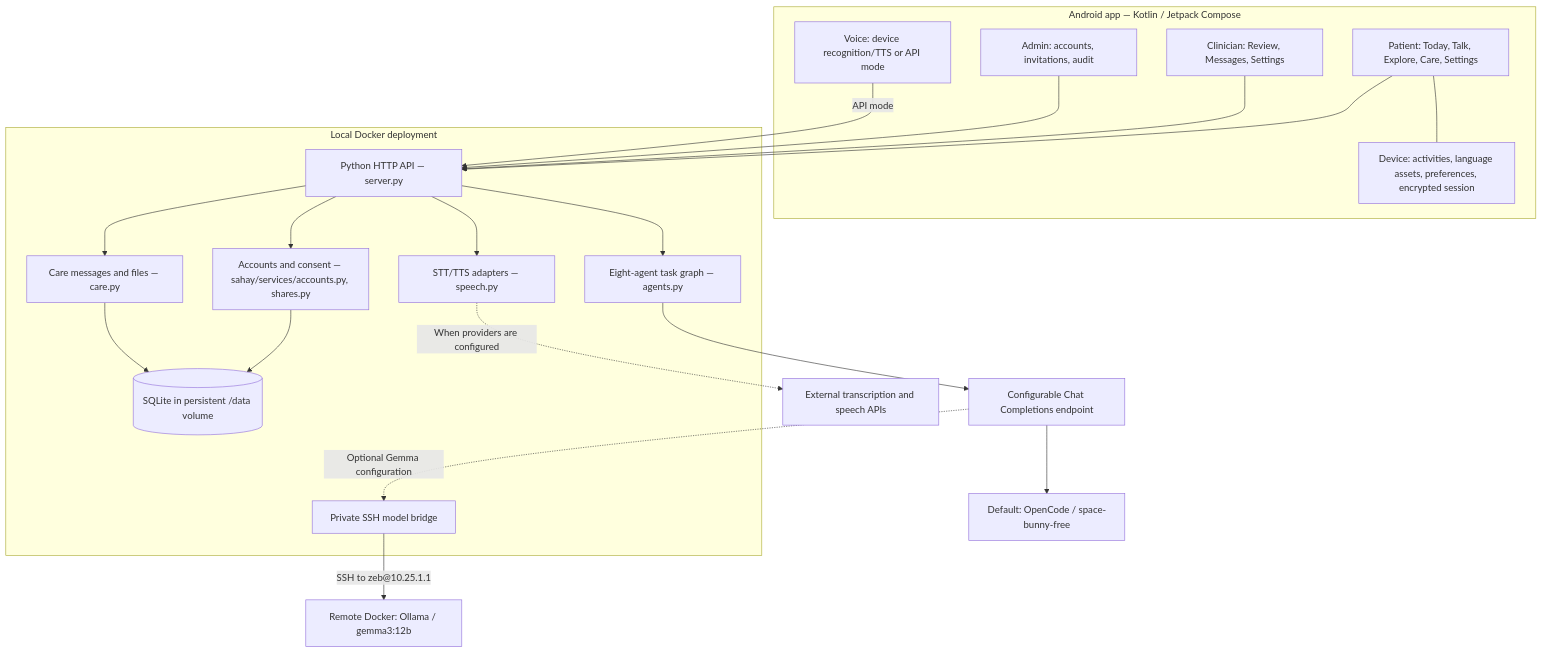
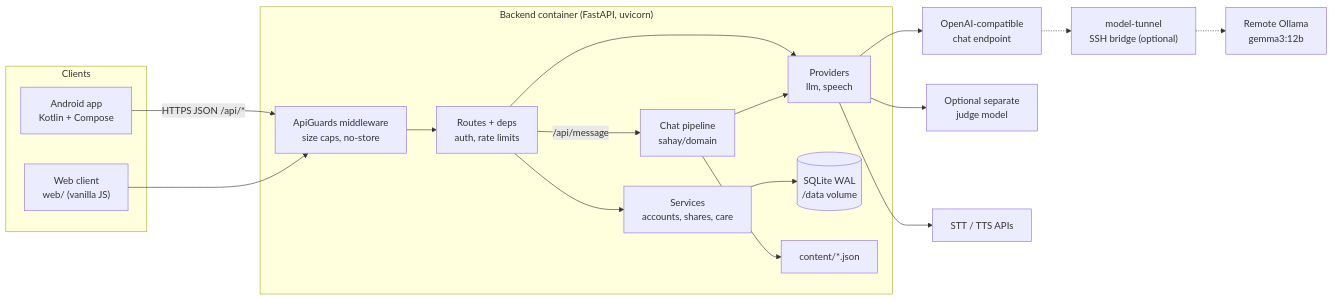
One commit to gqvz/aimlsem5 changed the first of 11 diagrams in ARCHITECTURE.md. Above: the diagram before and after it, drawn with Mermaid. The commit also changed other lines of this file and 10 other files, not shown here.

````diff
--- a/ARCHITECTURE.md
+++ b/ARCHITECTURE.md
@@ -9,35 +9,37 @@
 ```mermaid
-flowchart TB
-    subgraph Android["Android app — Kotlin / Jetpack Compose"]
-        Patient["Patient: Today, Talk, Explore, Care, Settings"]
-        Clinician["Clinician: Review, Messages, Settings"]
-        Admin["Admin: accounts, invitations, audit"]
-        Local["Device: activities, language assets, preferences, encrypted session"]
-        Voice["Voice: device recognition/TTS or API mode"]
+flowchart LR
+    subgraph Clients
+        And["Android app<br/>Kotlin + Compose"]
+        Web["Web client<br/>web/ (vanilla JS)"]
     end
-    subgraph Docker["Local Docker deployment"]
-        API["Python HTTP API — server.py"]
-        Graph["Eight-agent task graph — agents.py"]
-        Accounts["Accounts and consent — sahay/services/accounts.py, shares.py"]
-        Care["Care messages and files — care.py"]
-        Speech["STT/TTS adapters — speech.py"]
-        DB[("SQLite in persistent /data volume")]
-        Tunnel["Private SSH model bridge"]
+
+    subgraph Backend["Backend container (FastAPI, uvicorn)"]
+        MW["ApiGuards middleware<br/>size caps, no-store"]
+        R["Routes + deps<br/>auth, rate limits"]
+        P["Chat pipeline<br/>sahay/domain"]
+        S["Services<br/>accounts, shares, care"]
+        PR["Providers<br/>llm, speech"]
+        DB[("SQLite WAL<br/>/data volume")]
+        C["content/*.json"]
     end
-    Patient --> API
-    Clinician --> API
-    Admin --> API
-    Patient --- Local
-    Voice -->|"API mode"| API
-    API --> Graph
-    API --> Accounts
-    API --> Care
-    API --> Speech
-    Accounts --> DB
-    Care --> DB
-    Graph --> ModelAPI["Configurable Chat Completions endpoint"]
-    ModelAPI --> Zen["Default: OpenCode / space-bunny-free"]
-    ModelAPI -.->|"Optional Gemma configuration"| Tunnel
-    Tunnel -->|"SSH to zeb@10.25.1.1"| Gemma["Remote Docker: Ollama / gemma3:12b"]
-    Speech -.->|"When providers are configured"| Providers["External transcription and speech APIs"]
+
+    LLM["OpenAI-compatible<br/>chat endpoint"]
+    JUDGE["Optional separate<br/>judge model"]
+    SPEECH["STT / TTS APIs"]
+    TUN["model-tunnel<br/>SSH bridge (optional)"]
+    GEM["Remote Ollama<br/>gemma3:12b"]
+
+    And -->|"HTTPS JSON /api/*"| MW
+    Web --> MW
+    MW --> R
+    R -->|"/api/message"| P
+    R --> S
+    R --> PR
+    S --> DB
+    P --> C
+    P --> PR
+    PR --> LLM
+    PR --> JUDGE
+    PR --> SPEECH
+    LLM -.-> TUN -.-> GEM
 ```
````
